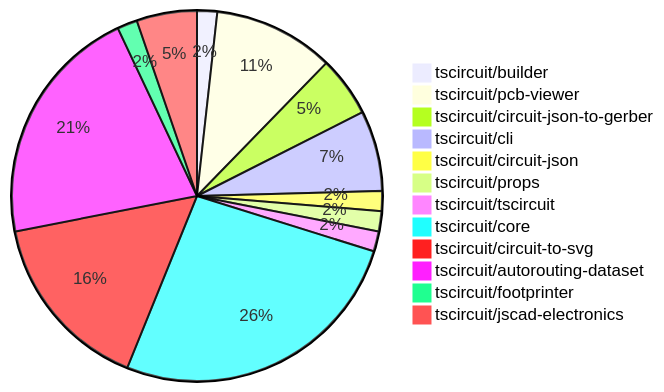
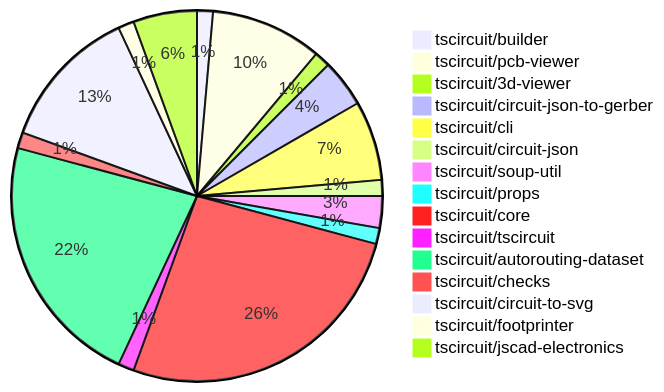
Before and after one commit to tscircuit/contribution-tracker: the diagram in README.md, drawn with Mermaid. The commit also changed other lines of this file and 1 other file, not shown here.

````diff
--- a/README.md
+++ b/README.md
@@ -24,15 +24,18 @@
 ```mermaid
 pie
     "tscircuit/builder" : 1
-    "tscircuit/pcb-viewer" : 6
+    "tscircuit/pcb-viewer" : 7
+    "tscircuit/3d-viewer" : 1
     "tscircuit/circuit-json-to-gerber" : 3
-    "tscircuit/cli" : 4
+    "tscircuit/cli" : 5
     "tscircuit/circuit-json" : 1
+    "tscircuit/soup-util" : 2
     "tscircuit/props" : 1
+    "tscircuit/core" : 19
     "tscircuit/tscircuit" : 1
-    "tscircuit/core" : 15
+    "tscircuit/autorouting-dataset" : 16
+    "tscircuit/checks" : 1
     "tscircuit/circuit-to-svg" : 9
-    "tscircuit/autorouting-dataset" : 12
     "tscircuit/footprinter" : 1
-    "tscircuit/jscad-electronics" : 3
+    "tscircuit/jscad-electronics" : 4
 ```
````
